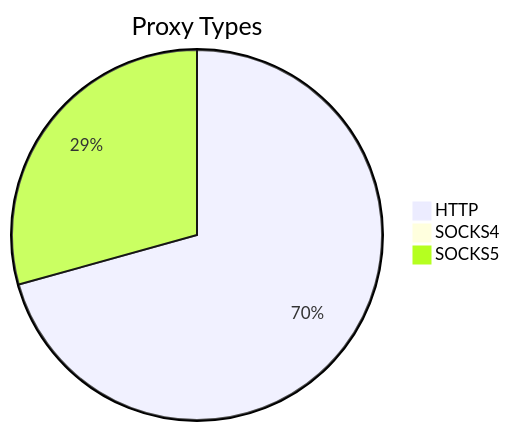
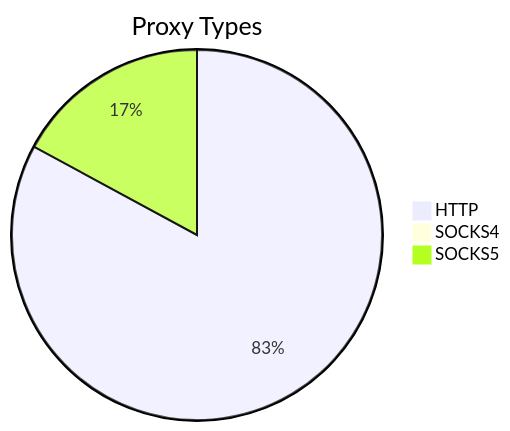
The first of 2 diagrams in README.md (stormsia/proxy-list), drawn with Mermaid before and after one commit. The commit also changed other lines of this file, not shown here.

````diff
--- a/README.md
+++ b/README.md
@@ -21,6 +21,6 @@
 ```mermaid
 pie title Proxy Types
-    "HTTP" : 2838
-    "SOCKS4" : 16
-    "SOCKS5" : 1177
+    "HTTP" : 2909
+    "SOCKS4" : 4
+    "SOCKS5" : 600
 ```
````
